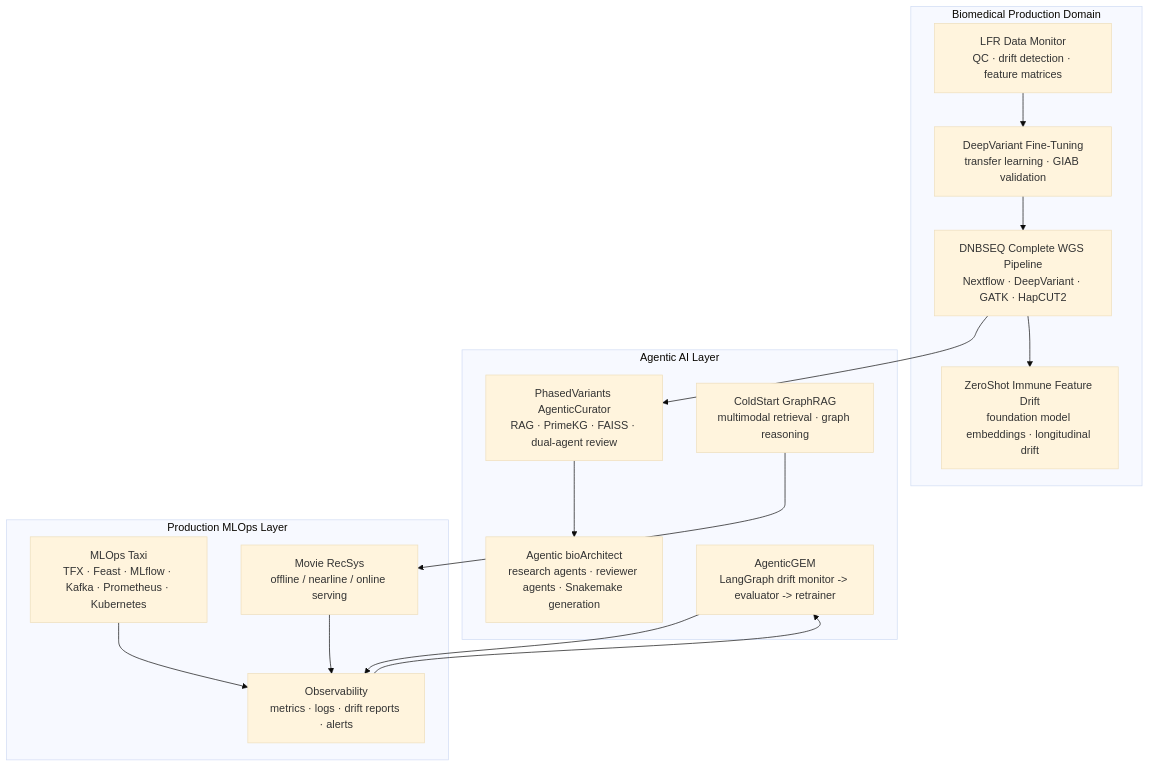
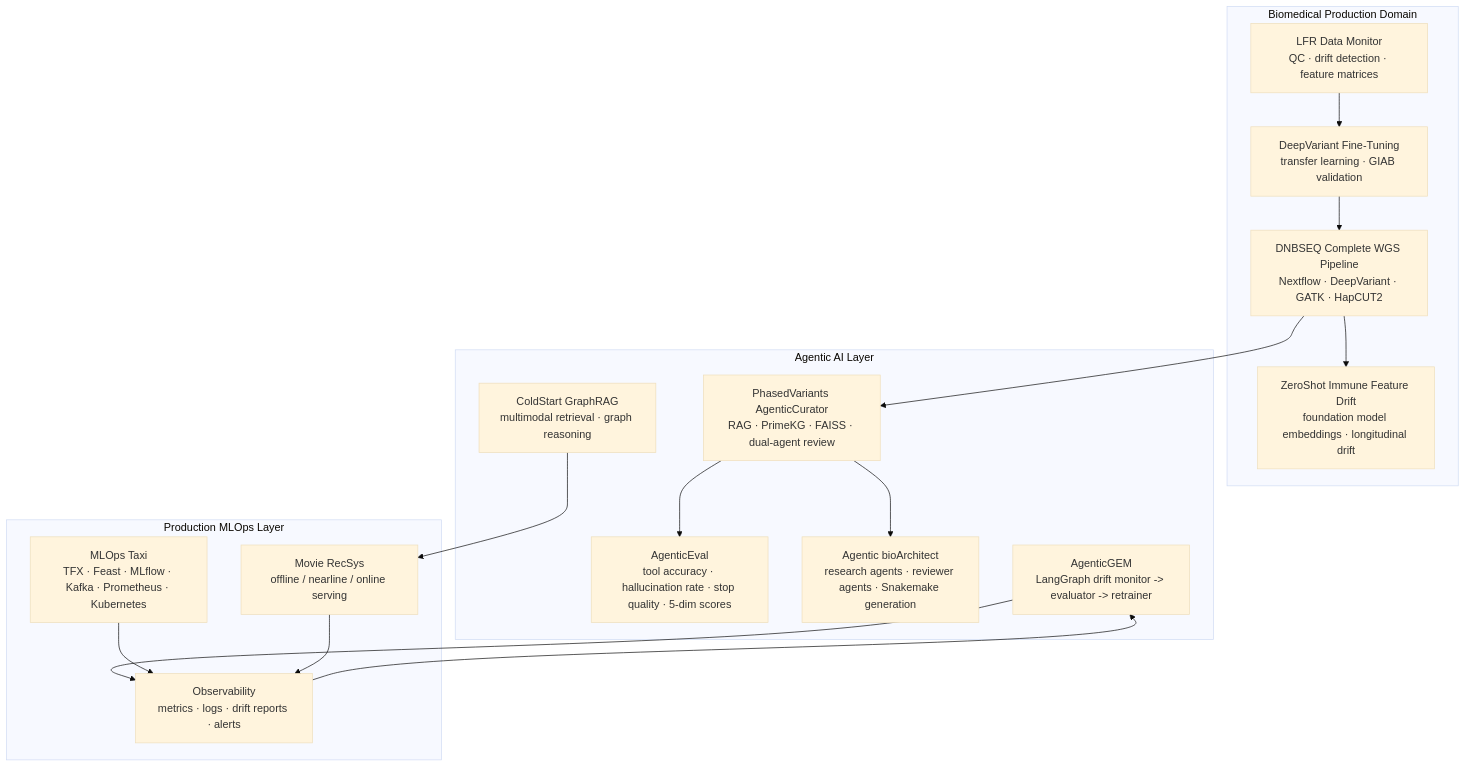
Before and after one commit to arcadianlyric/AppliedML_AgenticAI_MLOps: the diagram in README.md, drawn with Mermaid (base theme). The commit also changed other lines of this file and 1 other file, not shown here.

Commit message:
update AgenticEval project

````diff
--- a/README.md
+++ b/README.md
@@ -74,33 +75,35 @@
 ```mermaid
 flowchart TD
     subgraph DOMAIN["Biomedical Production Domain"]
         WGS["DNBSEQ Complete WGS Pipeline<br/>Nextflow · DeepVariant · GATK · HapCUT2"]
         LFR["LFR Data Monitor<br/>QC · drift detection · feature matrices"]
         DV["DeepVariant Fine-Tuning<br/>transfer learning · GIAB validation"]
         IMM["ZeroShot Immune Feature Drift<br/>foundation model embeddings · longitudinal drift"]
     end
 
     subgraph AGENT["Agentic AI Layer"]
         CUR["PhasedVariants AgenticCurator<br/>RAG · PrimeKG · FAISS · dual-agent review"]
+        EVAL["AgenticEval<br/>tool accuracy · hallucination rate · stop quality · 5-dim scores"]
         BIO["Agentic bioArchitect<br/>research agents · reviewer agents · Snakemake generation"]
         GEM["AgenticGEM<br/>LangGraph drift monitor -> evaluator -> retrainer"]
         GRAG["ColdStart GraphRAG<br/>multimodal retrieval · graph reasoning"]
     end
 
     subgraph MLOPS["Production MLOps Layer"]
         TAXI["MLOps Taxi<br/>TFX · Feast · MLflow · Kafka · Prometheus · Kubernetes"]
         RECSYS["Movie RecSys<br/>offline / nearline / online serving"]
         OBS["Observability<br/>metrics · logs · drift reports · alerts"]
     end
 
     LFR --> DV
     DV --> WGS
     WGS --> CUR
     WGS --> IMM
+    CUR --> EVAL
     CUR --> BIO
     GEM --> OBS
     TAXI --> OBS
     RECSYS --> OBS
     GRAG --> RECSYS
     OBS --> GEM
 ```
````
